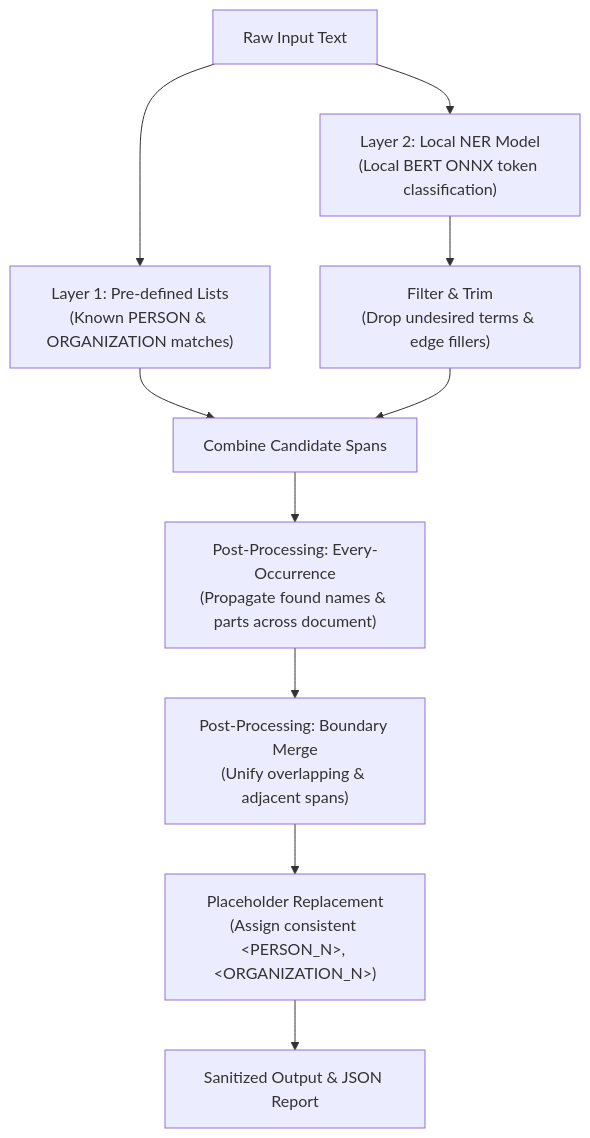
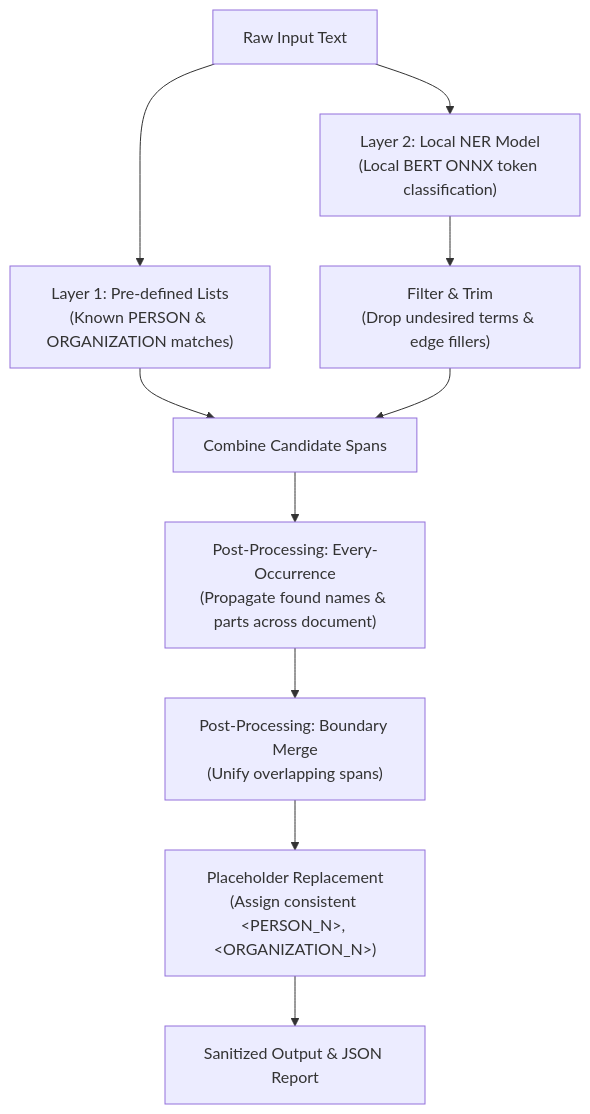
One commit to Ahmed-Maher77/LLM-Privacy-Gateway___PII-De-identification-and-Re-identification changed the diagram in README.md. Above: the diagram before and after it, drawn with Mermaid. The commit also changed other lines of this file and 5 other files, not shown here.

````diff
--- a/README.md
+++ b/README.md
@@ -11,17 +11,17 @@
 ```mermaid
 flowchart TD
     Input["Raw Input Text"] --> L1["Layer 1: Pre-defined Lists\n(Known PERSON & ORGANIZATION matches)"]
     Input --> L2["Layer 2: Local NER Model\n(Local BERT ONNX token classification)"]
     
     L2 --> Filter["Filter & Trim\n(Drop undesired terms & edge fillers)"]
     
     L1 --> Combine["Combine Candidate Spans"]
     Filter --> Combine
     
     Combine --> Repeat["Post-Processing: Every-Occurrence\n(Propagate found names & parts across document)"]
-    Repeat --> Merge["Post-Processing: Boundary Merge\n(Unify overlapping & adjacent spans)"]
+    Repeat --> Merge["Post-Processing: Boundary Merge\n(Unify overlapping spans)"]
     
     Merge --> Placeholder["Placeholder Replacement\n(Assign consistent &lt;PERSON_N&gt;, &lt;ORGANIZATION_N&gt;)"]
     
     Placeholder --> Output["Sanitized Output & JSON Report"]
 ```
````
